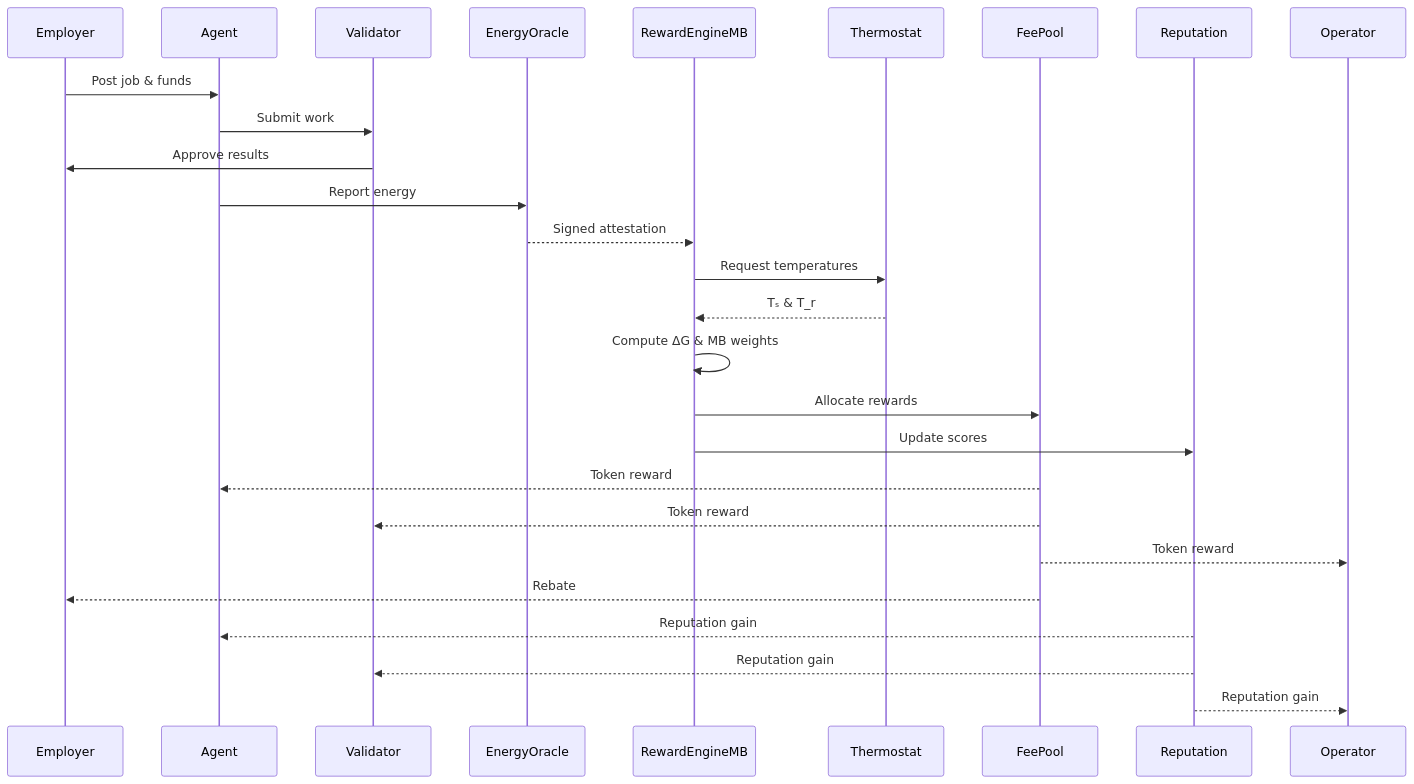
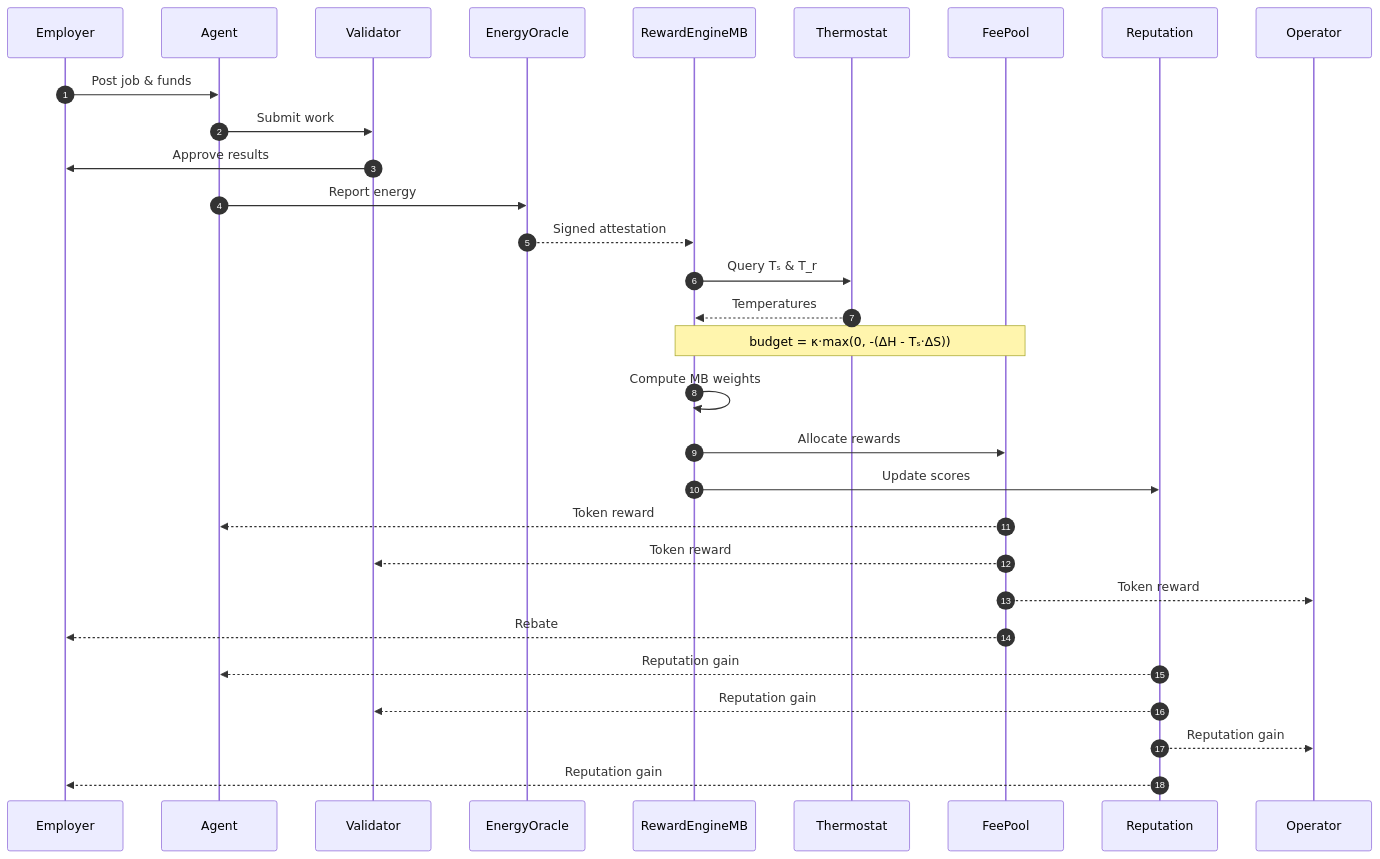
Before and after one commit to MontrealAI/AGIJobsv0: the second of 2 diagrams in docs/universal-platform-incentive-architecture.md, drawn with Mermaid. The commit also changed other lines of this file and 1 other file, not shown here.

Commit message:
docs: expand thermodynamic incentive diagrams

````diff
--- a/docs/universal-platform-incentive-architecture.md
+++ b/docs/universal-platform-incentive-architecture.md
@@ -44,29 +72,32 @@
 ```mermaid
 sequenceDiagram
+    autonumber
     participant Employer
     participant Agent
     participant Validator
     participant Oracle as EnergyOracle
     participant Engine as RewardEngineMB
     participant Thermostat
     participant FeePool
     participant Reputation
 
     Employer->>Agent: Post job & funds
     Agent->>Validator: Submit work
     Validator->>Employer: Approve results
     Agent->>Oracle: Report energy
     Oracle-->>Engine: Signed attestation
-    Engine->>Thermostat: Request temperatures
-    Thermostat-->>Engine: Tₛ & T_r
-    Engine->>Engine: Compute ΔG & MB weights
+    Engine->>Thermostat: Query Tₛ & T_r
+    Thermostat-->>Engine: Temperatures
+    Note over Engine,FeePool: budget = κ·max(0, -(ΔH - Tₛ·ΔS))
+    Engine->>Engine: Compute MB weights
     Engine->>FeePool: Allocate rewards
     Engine->>Reputation: Update scores
     FeePool-->>Agent: Token reward
     FeePool-->>Validator: Token reward
     FeePool-->>Operator: Token reward
     FeePool-->>Employer: Rebate
     Reputation-->>Agent: Reputation gain
     Reputation-->>Validator: Reputation gain
     Reputation-->>Operator: Reputation gain
+    Reputation-->>Employer: Reputation gain
 ```
````
